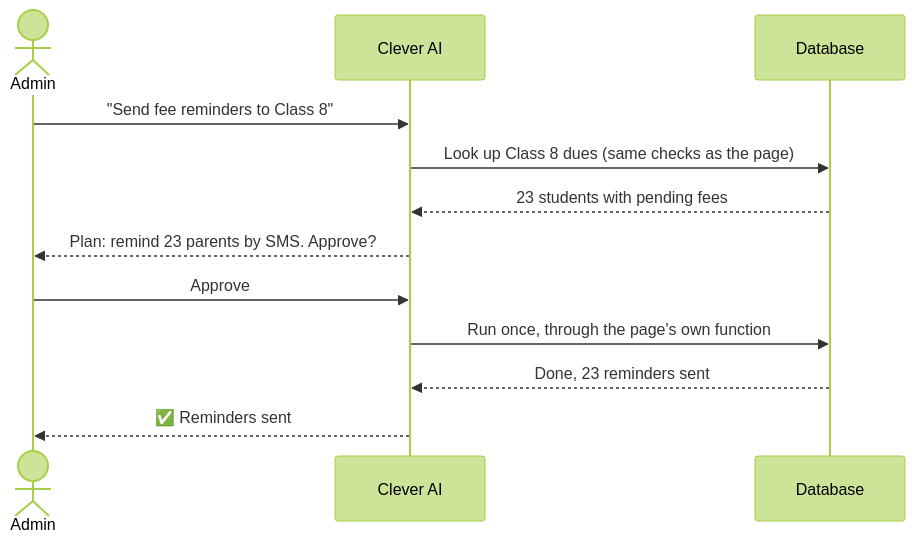
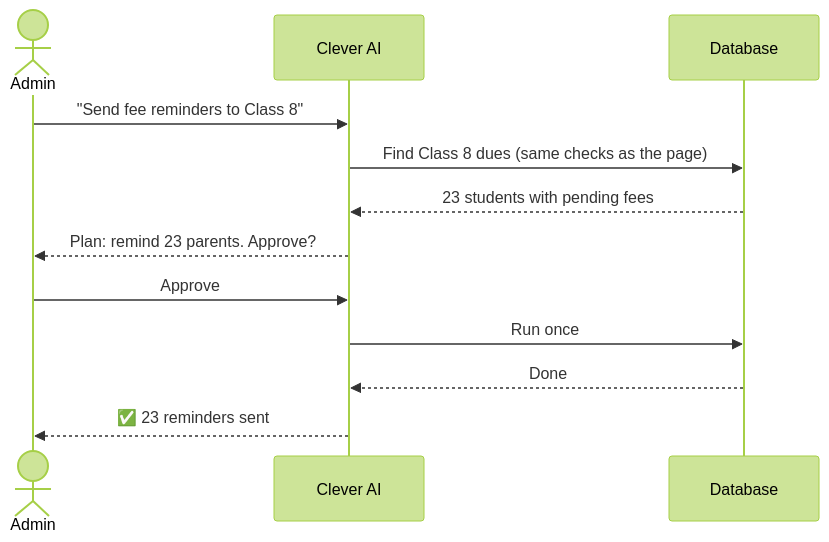
The fourth of 4 diagrams in README.md (shivamlaur022/clarvix-showcase), drawn with Mermaid (forest theme) before and after one commit. The commit also changed other lines of this file and 11 other files, not shown here.

Commit message:
Detailed product docs, module-by-module pages, infrastructure and flow diagrams

````diff
--- a/README.md
+++ b/README.md
@@ -105,15 +152,15 @@
 ```mermaid
 sequenceDiagram
     actor Admin
     participant AI as Clever AI
     participant DB as Database
 
     Admin->>AI: "Send fee reminders to Class 8"
-    AI->>DB: Look up Class 8 dues (same checks as the page)
+    AI->>DB: Find Class 8 dues (same checks as the page)
     DB-->>AI: 23 students with pending fees
-    AI-->>Admin: Plan: remind 23 parents by SMS. Approve?
+    AI-->>Admin: Plan: remind 23 parents. Approve?
     Admin->>AI: Approve
-    AI->>DB: Run once, through the page's own function
-    DB-->>AI: Done, 23 reminders sent
-    AI-->>Admin: ✅ Reminders sent
+    AI->>DB: Run once
+    DB-->>AI: Done
+    AI-->>Admin: ✅ 23 reminders sent
 ```
````
